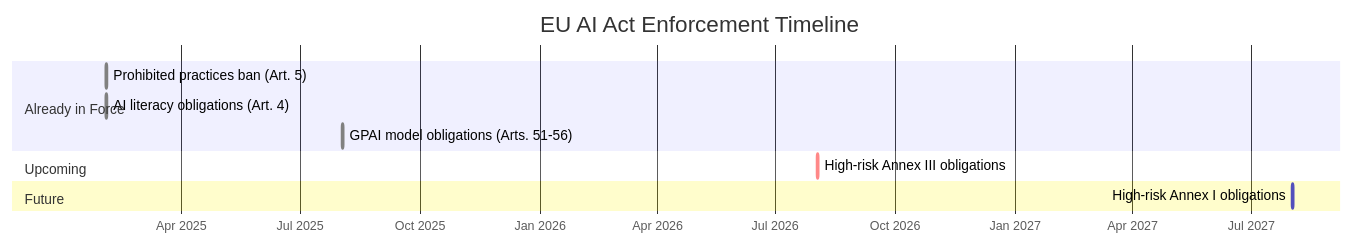
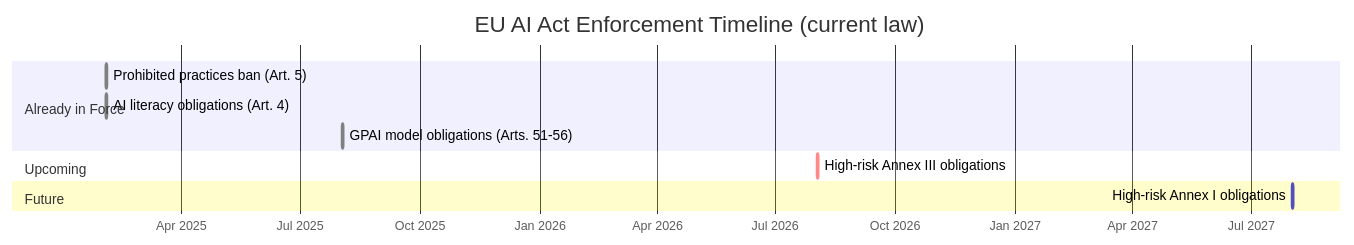
The second of 2 diagrams in README.md (lexbeam-software/eu-ai-governance-plugin), drawn with Mermaid before and after one commit. The commit also changed other lines of this file, not shown here.

````diff
--- a/README.md
+++ b/README.md
@@ -80,17 +80,17 @@
 ```mermaid
 gantt
-    title EU AI Act Enforcement Timeline
+    title EU AI Act Enforcement Timeline (current law)
     dateFormat YYYY-MM-DD
     axisFormat %b %Y
 
     section Already in Force
     Prohibited practices ban (Art. 5)           :done, 2025-02-02, 1d
     AI literacy obligations (Art. 4)            :done, 2025-02-02, 1d
     GPAI model obligations (Arts. 51-56)        :done, 2025-08-02, 1d
 
     section Upcoming
     High-risk Annex III obligations              :crit, 2026-08-02, 1d
 
     section Future
     High-risk Annex I obligations                :2027-08-02, 1d
 ```
````
